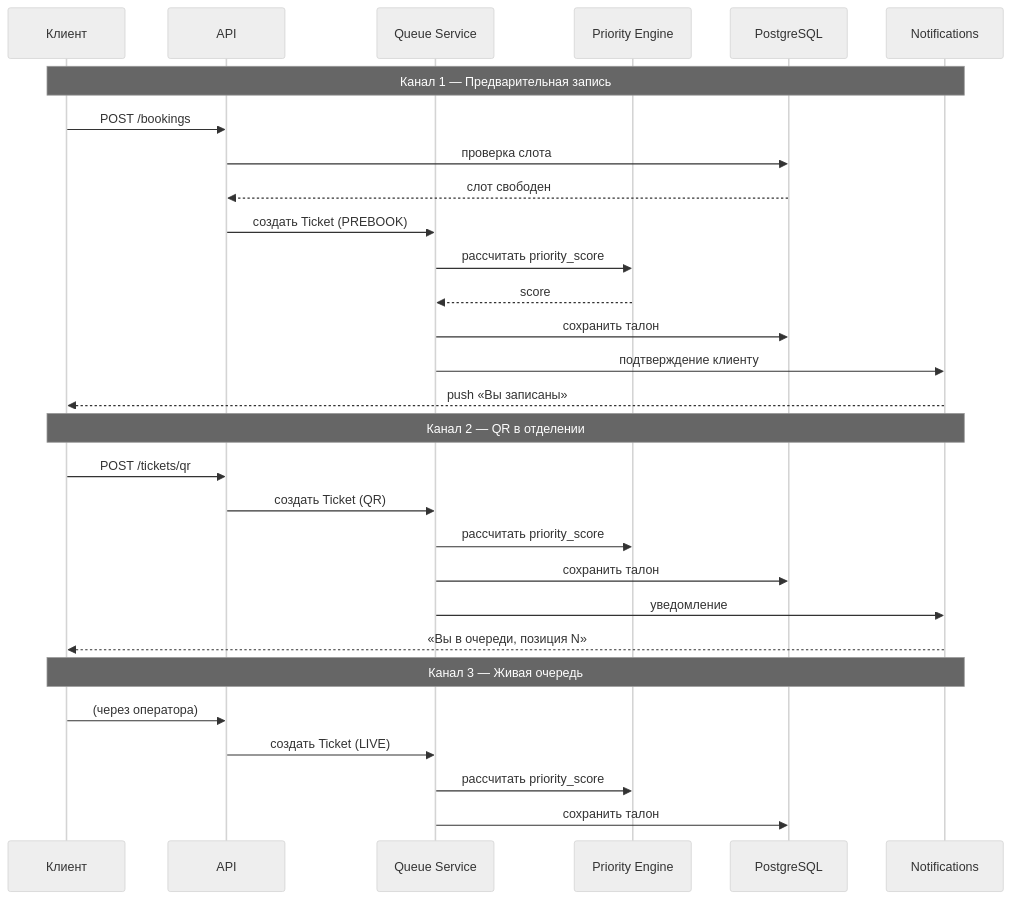
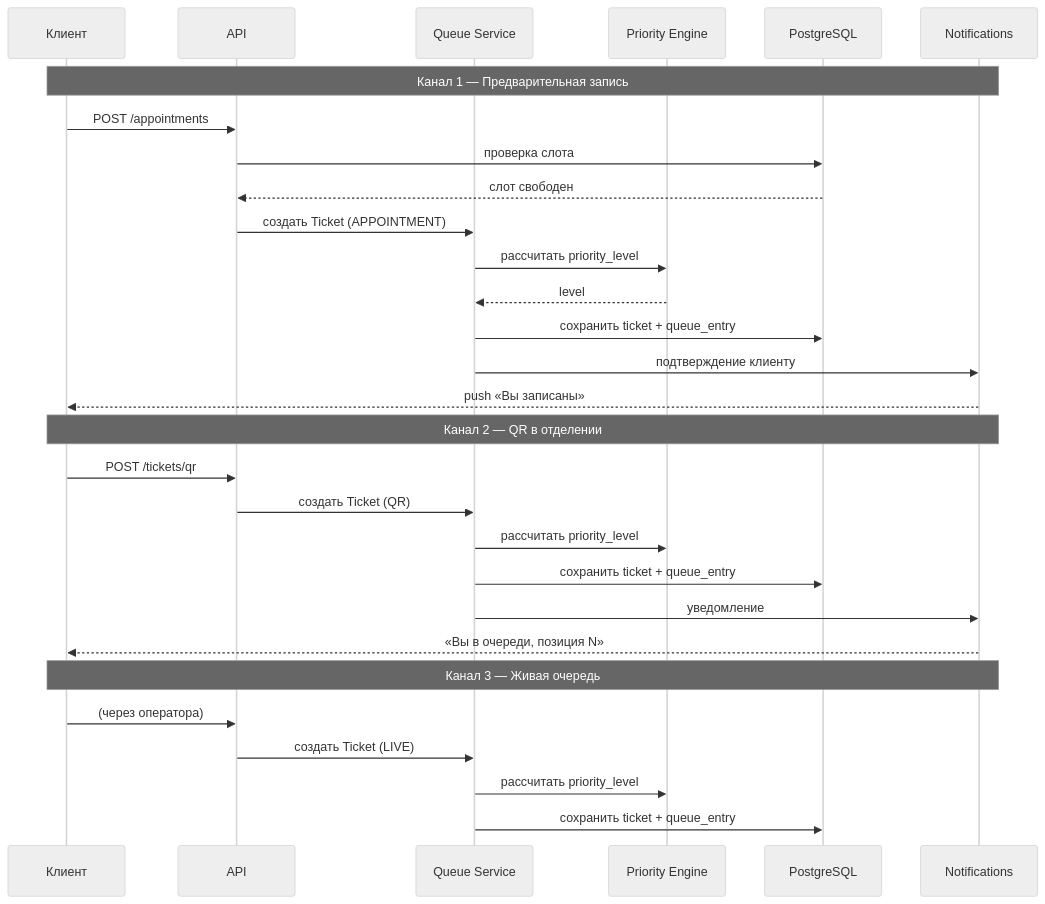
Before and after one commit to Rodion-NTQ-TEAM/tsifrovaya-ochere: the fourth of 8 diagrams in docs/architecture.md, drawn with Mermaid (neutral theme). The commit also changed other lines of this file, not shown here.

Commit message:
docs(architecture): убрать Redis, добавить observability

````diff
--- a/docs/architecture.md
+++ b/docs/architecture.md
@@ -150,34 +235,34 @@
 ```mermaid
 sequenceDiagram
     participant U as Клиент
     participant API as API
     participant Q as Queue Service
     participant P as Priority Engine
     participant DB as PostgreSQL
     participant N as Notifications
 
     Note over U,N: Канал 1 — Предварительная запись
-    U->>API: POST /bookings
+    U->>API: POST /appointments
     API->>DB: проверка слота
     DB-->>API: слот свободен
-    API->>Q: создать Ticket (PREBOOK)
-    Q->>P: рассчитать priority_score
-    P-->>Q: score
-    Q->>DB: сохранить талон
+    API->>Q: создать Ticket (APPOINTMENT)
+    Q->>P: рассчитать priority_level
+    P-->>Q: level
+    Q->>DB: сохранить ticket + queue_entry
     Q->>N: подтверждение клиенту
     N-->>U: push «Вы записаны»
 
     Note over U,N: Канал 2 — QR в отделении
     U->>API: POST /tickets/qr
     API->>Q: создать Ticket (QR)
-    Q->>P: рассчитать priority_score
-    Q->>DB: сохранить талон
+    Q->>P: рассчитать priority_level
+    Q->>DB: сохранить ticket + queue_entry
     Q->>N: уведомление
     N-->>U: «Вы в очереди, позиция N»
 
     Note over U,N: Канал 3 — Живая очередь
     U->>API: (через оператора)
     API->>Q: создать Ticket (LIVE)
-    Q->>P: рассчитать priority_score
-    Q->>DB: сохранить талон
+    Q->>P: рассчитать priority_level
+    Q->>DB: сохранить ticket + queue_entry
 ```
````
